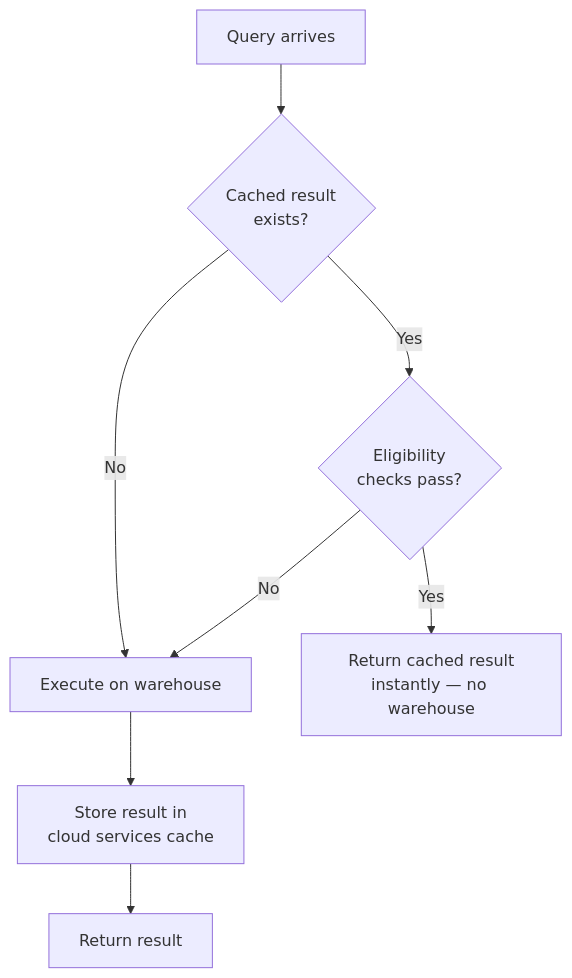
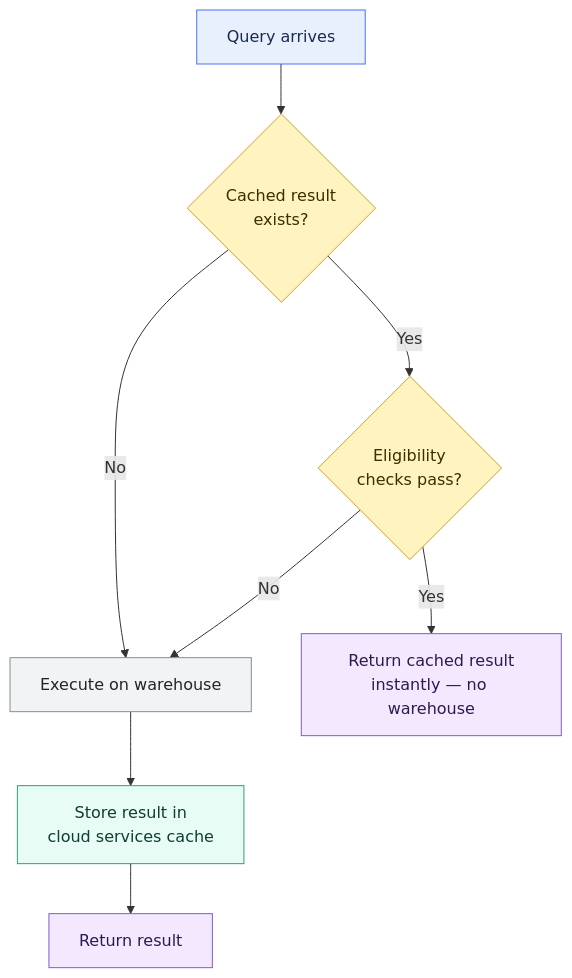
Before and after one commit to shonningsoy/Upskill: the diagram in 01 Snowflake/02 Performance and Optimization/11 Result Caching.md, drawn with Mermaid. The commit also changed other lines of this file and 6 other files, not shown here.

````diff
--- a/01 Snowflake/02 Performance and Optimization/11 Result Caching.md
+++ b/01 Snowflake/02 Performance and Optimization/11 Result Caching.md
@@ -63,10 +65,22 @@
 ```mermaid
 flowchart TD
     Q[Query arrives] --> C{Cached result<br>exists?}
     C -- No --> W[Execute on warehouse]
     W --> S[Store result in<br>cloud services cache]
     S --> R[Return result]
     C -- Yes --> E{Eligibility<br>checks pass?}
     E -- No --> W
     E -- Yes --> F[Return cached result<br>instantly — no warehouse]
+
+    classDef input fill:#E8F0FE,stroke:#4C6EF5,color:#172B4D
+    classDef control fill:#FFF3BF,stroke:#D69E2E,color:#3D2E00
+    classDef snowflake fill:#E6FCF5,stroke:#2F9E7B,color:#123C34
+    classDef platform fill:#F1F3F5,stroke:#868E96,color:#212529
+    classDef output fill:#F3E8FF,stroke:#805AD5,color:#2D1B4E
+
+    class Q input
+    class C,E control
+    class W platform
+    class S snowflake
+    class R,F output
 ```
````
